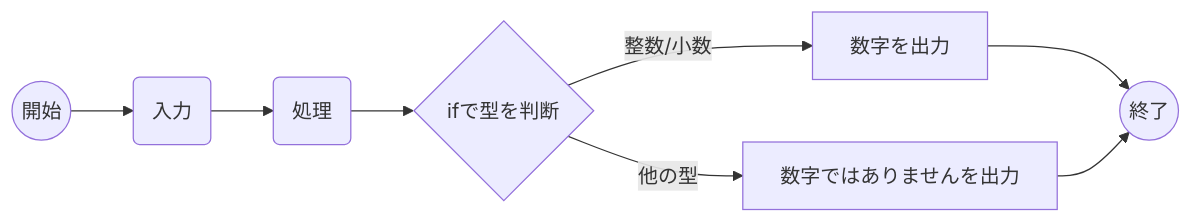
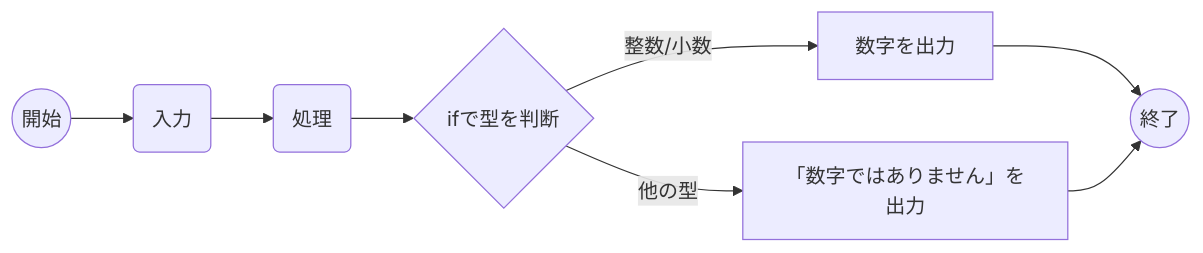
Before and after one commit to 2023-new-graduate-takadanobaba/ou: the first of 2 diagrams in README.md, drawn with Mermaid. The commit also changed other lines of this file, not shown here.

````diff
--- a/README.md
+++ b/README.md
@@ -66,10 +66,10 @@
     ```mermaid
     flowchart LR
     A((開始)) --> B(入力)
       B --> C(処理)
       C --> D{ifで型を判断}
       D --> |整数/小数| E[数字を出力]
-      D --> |他の型| F[数字ではありませんを出力]
+      D --> |他の型| F[「数字ではありません」を出力]
       E --> G((終了))
       F --> G
     ```
````
